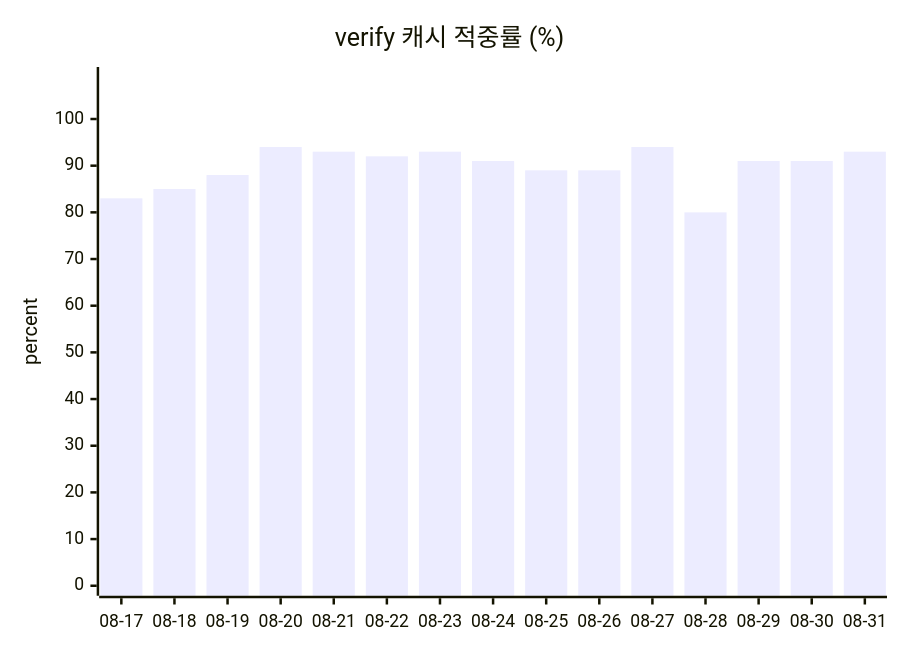
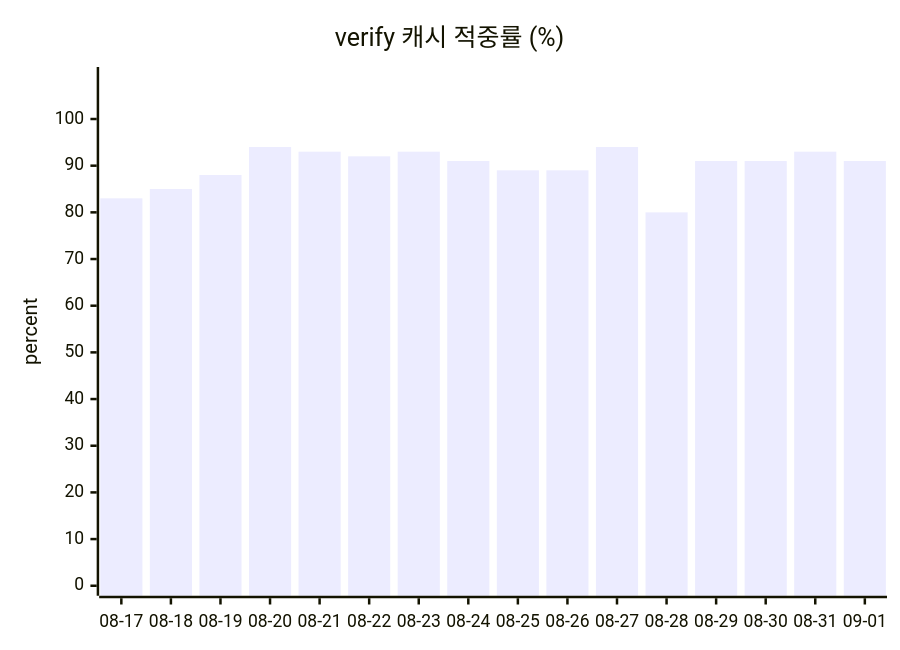
One commit to userri/PinQ-backend changed the second of 2 diagrams in docs/data/token-usage.md. Above: the diagram before and after it, drawn with Mermaid. The commit also changed other lines of this file and 3 other files, not shown here.

````diff
--- a/docs/data/token-usage.md
+++ b/docs/data/token-usage.md
@@ -91,7 +94,7 @@
 ```mermaid
 xychart-beta
     title "verify 캐시 적중률 (%)"
-    x-axis ["08-17", "08-18", "08-19", "08-20", "08-21", "08-22", "08-23", "08-24", "08-25", "08-26", "08-27", "08-28", "08-29", "08-30", "08-31"]
+    x-axis ["08-17", "08-18", "08-19", "08-20", "08-21", "08-22", "08-23", "08-24", "08-25", "08-26", "08-27", "08-28", "08-29", "08-30", "08-31", "09-01"]
     y-axis "percent" 0 --> 109
-    bar [83, 85, 88, 94, 93, 92, 93, 91, 89, 89, 94, 80, 91, 91, 93]
+    bar [83, 85, 88, 94, 93, 92, 93, 91, 89, 89, 94, 80, 91, 91, 93, 91]
 ```
````
